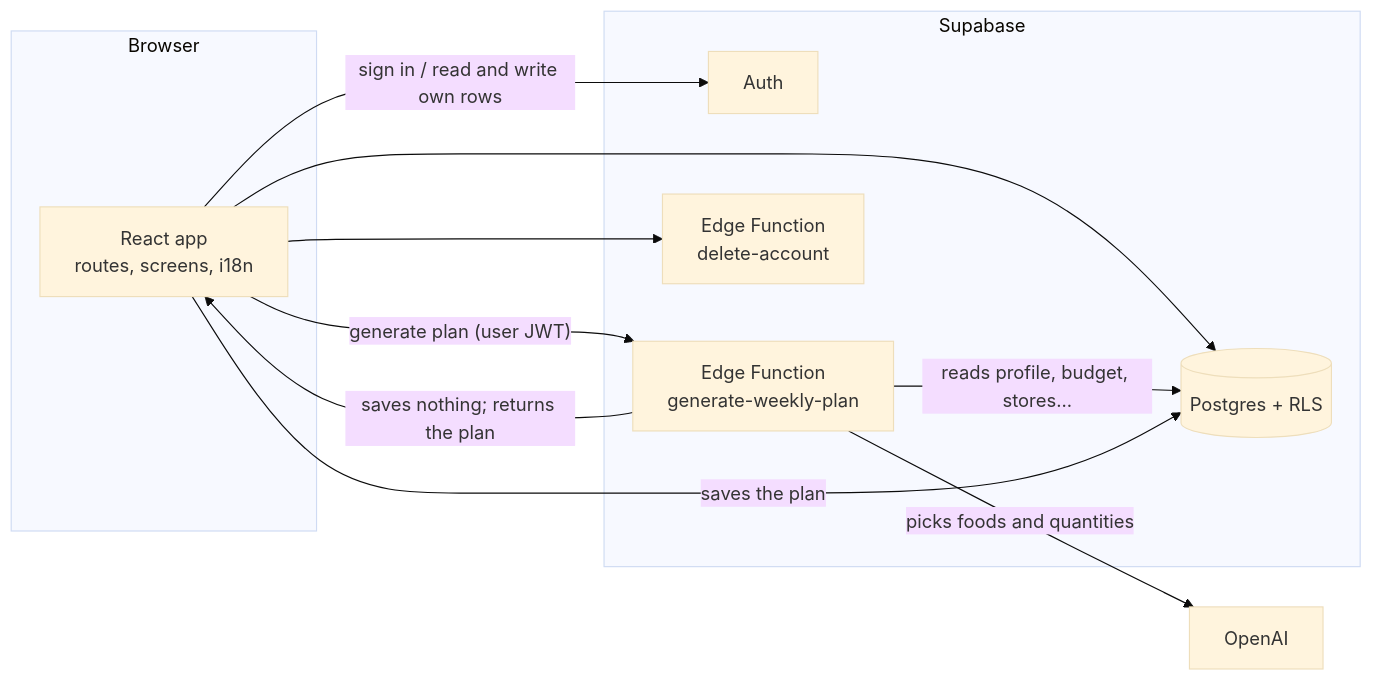
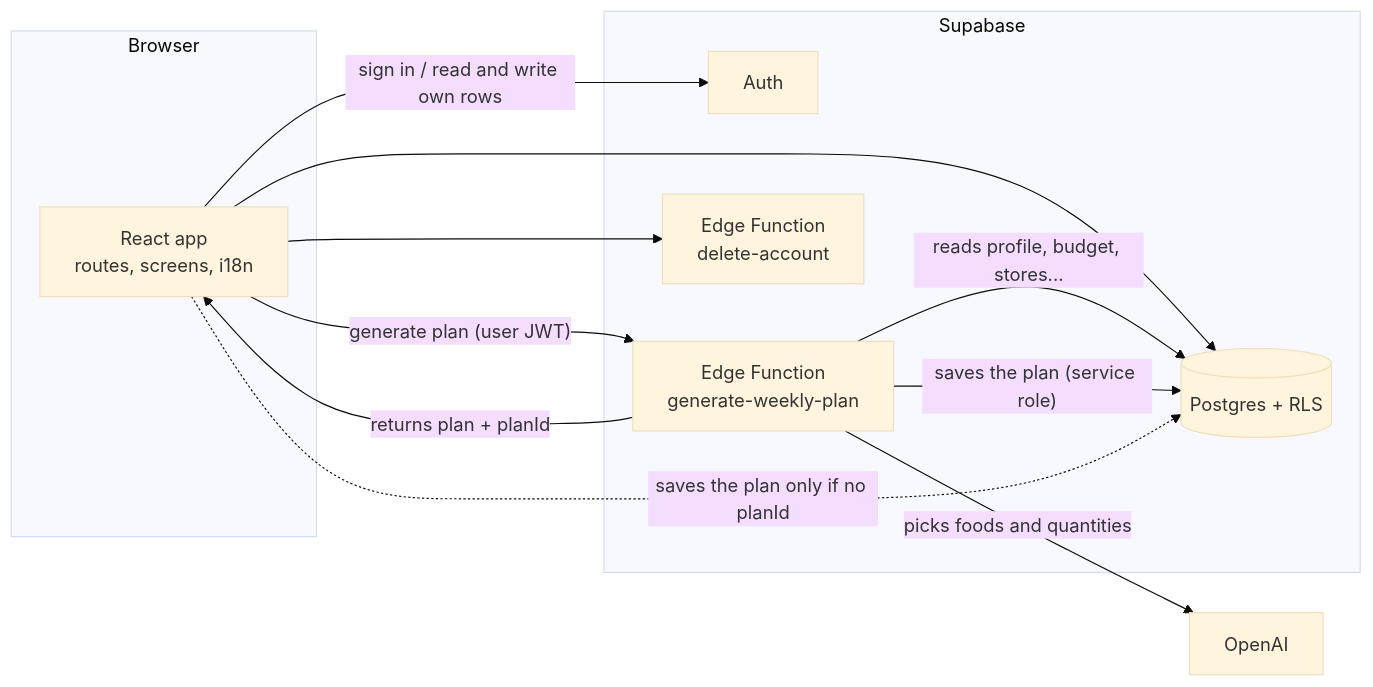
One commit to danielcuervo23/fitmarket-ai changed the diagram in docs/ARCHITECTURE.md. Above: the diagram before and after it, drawn with Mermaid (base theme). The commit also changed other lines of this file and 7 other files, not shown here.

````diff
--- a/docs/ARCHITECTURE.md
+++ b/docs/ARCHITECTURE.md
@@ -9,22 +9,23 @@
 ```mermaid
 flowchart LR
   subgraph Browser
     UI[React app<br/>routes, screens, i18n]
   end
   subgraph Supabase
     Auth[Auth]
     DB[(Postgres + RLS)]
     Gen[Edge Function<br/>generate-weekly-plan]
     Del[Edge Function<br/>delete-account]
   end
   AI[OpenAI]
 
   UI -- sign in / read and write own rows --> Auth
   UI --> DB
   UI -- generate plan (user JWT) --> Gen
   Gen -- reads profile, budget, stores... --> DB
   Gen -- picks foods and quantities --> AI
-  Gen -- saves nothing; returns the plan --> UI
-  UI -- saves the plan --> DB
+  Gen -- saves the plan (service role) --> DB
+  Gen -- returns plan + planId --> UI
+  UI -. saves the plan only if no planId .-> DB
   UI --> Del
 ```
````
